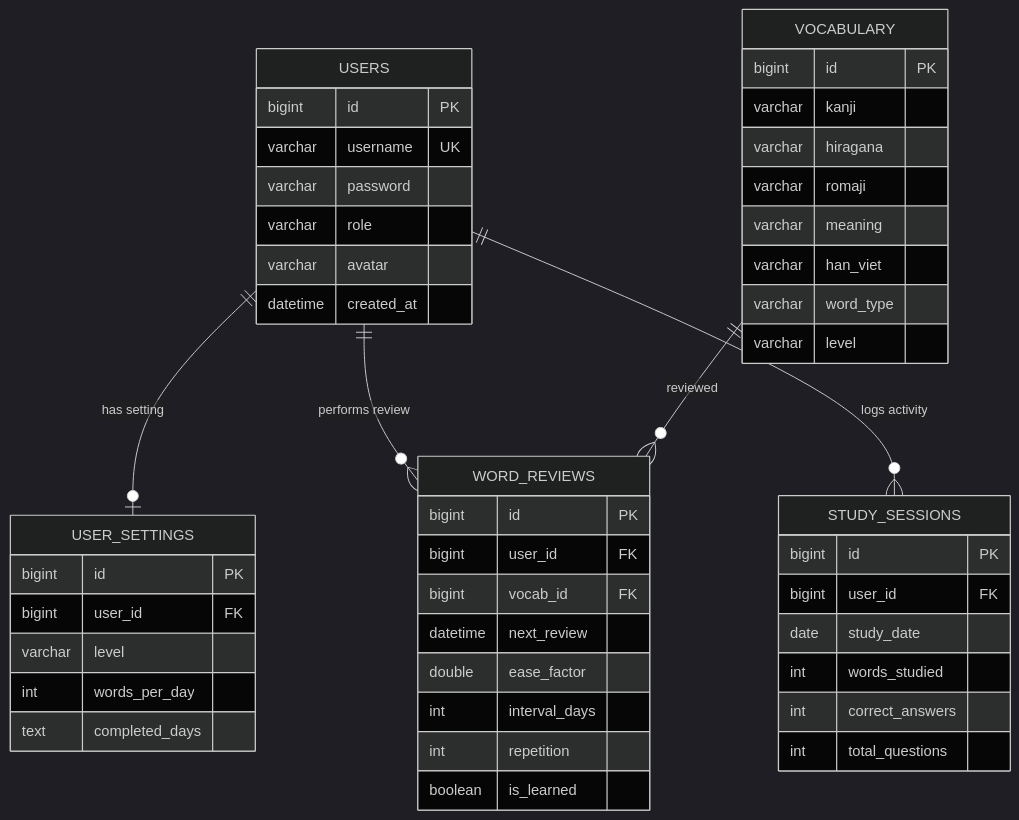
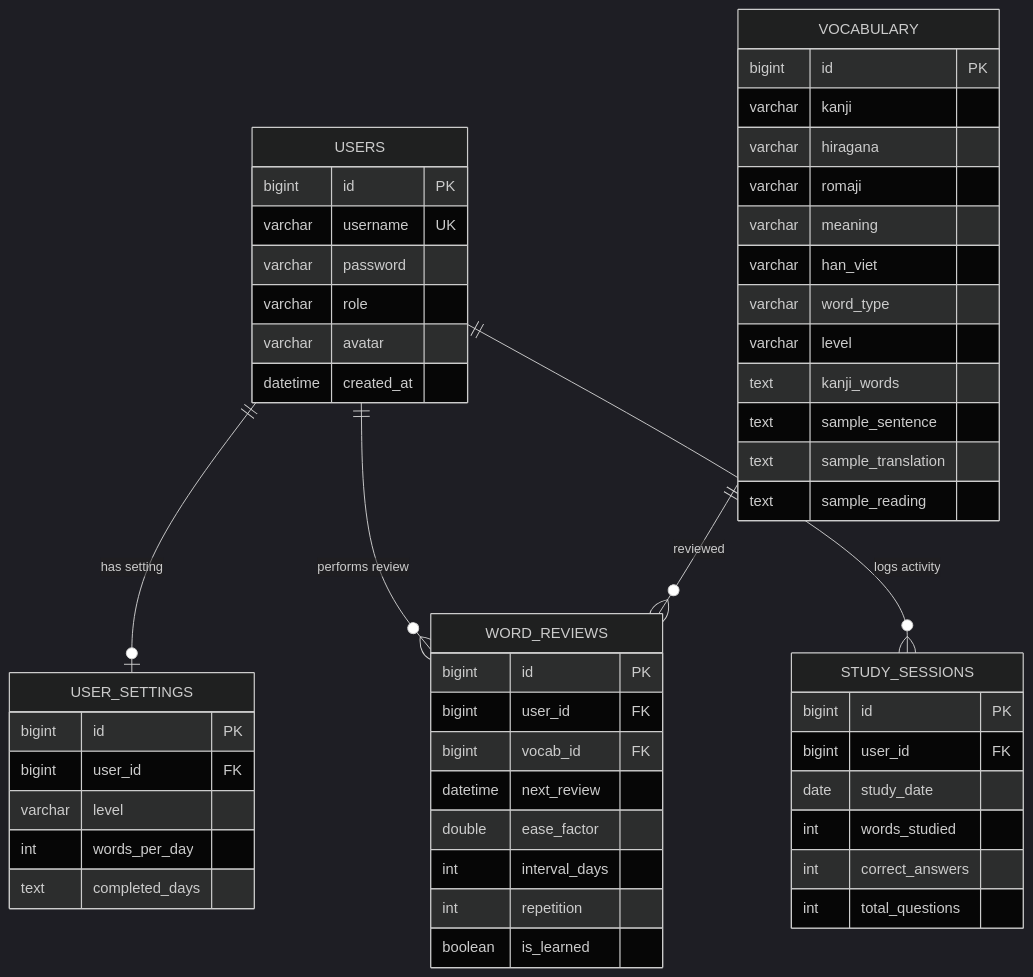
One commit to phandevv/japaneseproject changed the diagram in .ai/knowledge/database.md. Above: the diagram before and after it, drawn with Mermaid (dark theme). The commit also changed 2 other files, not shown here.

Commit message:
docs: align AI knowledge base files with DeepSeek enrichment updates

````diff
--- a/.ai/knowledge/database.md
+++ b/.ai/knowledge/database.md
@@ -11,55 +11,59 @@
 ```mermaid
 erDiagram
     USERS ||--o| USER_SETTINGS : "has setting"
     USERS ||--o{ WORD_REVIEWS : "performs review"
     USERS ||--o{ STUDY_SESSIONS : "logs activity"
     VOCABULARY ||--o{ WORD_REVIEWS : "reviewed"
 
     USERS {
         bigint id PK
         varchar username UK
         varchar password
         varchar role
         varchar avatar
         datetime created_at
     }
 
     VOCABULARY {
         bigint id PK
         varchar kanji
         varchar hiragana
         varchar romaji
         varchar meaning
         varchar han_viet
         varchar word_type
         varchar level
+        text kanji_words
+        text sample_sentence
+        text sample_translation
+        text sample_reading
     }
 
     USER_SETTINGS {
         bigint id PK
         bigint user_id FK
         varchar level
         int words_per_day
         text completed_days
     }
 
     WORD_REVIEWS {
         bigint id PK
         bigint user_id FK
         bigint vocab_id FK
         datetime next_review
         double ease_factor
         int interval_days
         int repetition
         boolean is_learned
     }
 
     STUDY_SESSIONS {
         bigint id PK
         bigint user_id FK
         date study_date
         int words_studied
         int correct_answers
         int total_questions
     }
 ```
````
